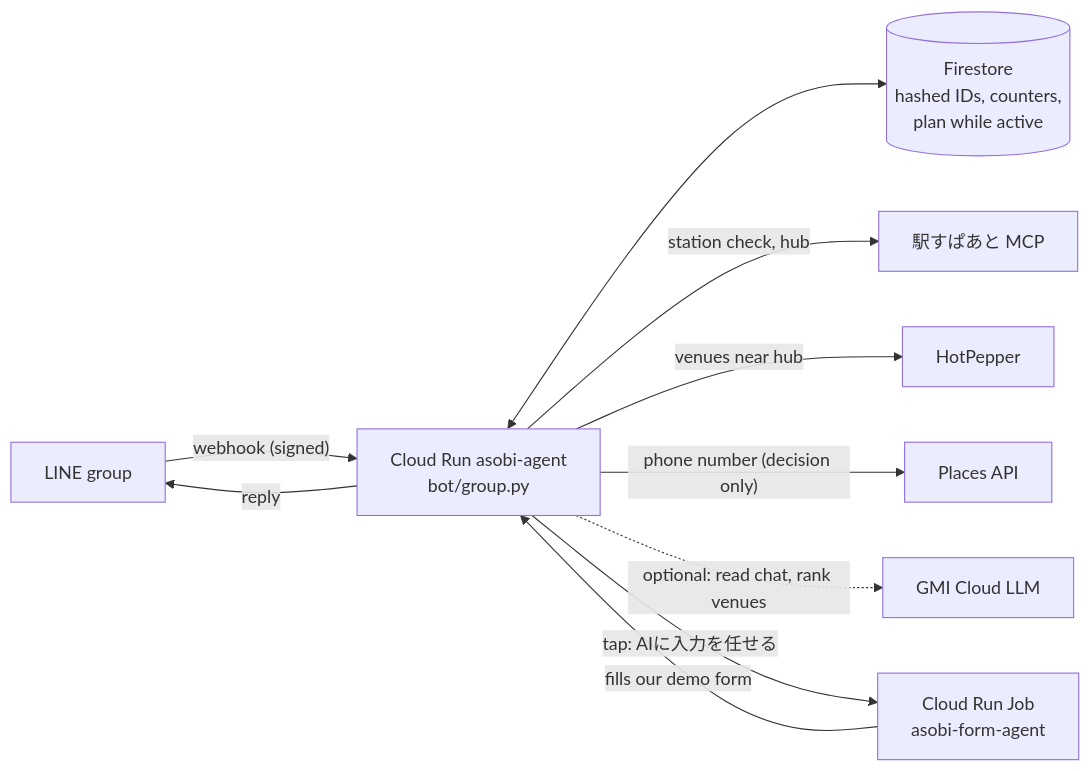
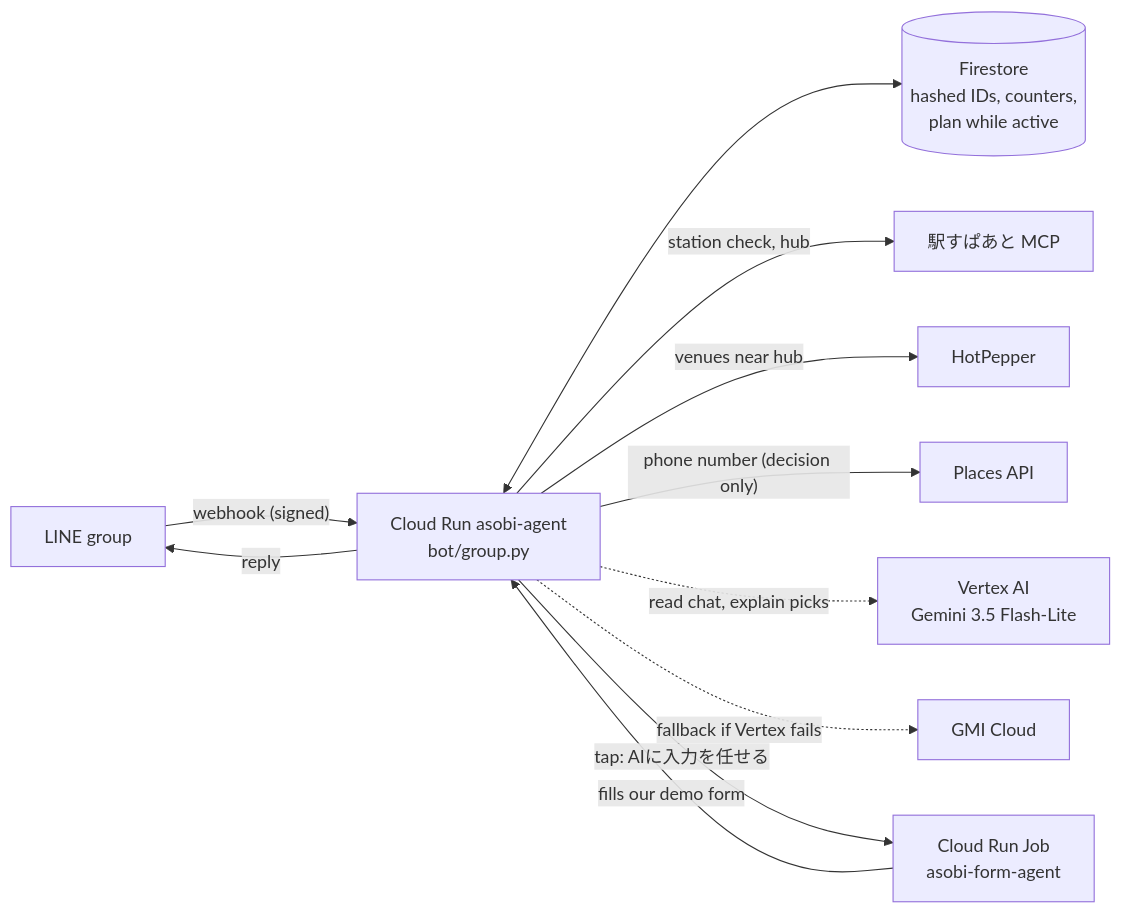
Before and after one commit to gill876/zenn_hackathon_20260905: the diagram in docs/DEPLOYMENT.md, drawn with Mermaid. The commit also changed other lines of this file and 9 other files, not shown here.

````diff
--- a/docs/DEPLOYMENT.md
+++ b/docs/DEPLOYMENT.md
@@ -23,12 +24,13 @@
 ```mermaid
 flowchart LR
     L["LINE group"] -->|"webhook (signed)"| R["Cloud Run asobi-agent<br/>bot/group.py"]
     R -->|reply| L
     R <--> F[("Firestore<br/>hashed IDs, counters,<br/>plan while active")]
     R -->|"station check, hub"| E["駅すぱあと MCP"]
     R -->|"venues near hub"| H["HotPepper"]
     R -->|"phone number (decision only)"| G["Places API"]
-    R -.->|"optional: read chat, rank venues"| M["GMI Cloud LLM"]
+    R -.->|"read chat, explain picks"| V["Vertex AI<br/>Gemini 3.5 Flash-Lite"]
+    R -.->|"fallback if Vertex fails"| M["GMI Cloud"]
     R -->|"tap: AIに入力を任せる"| J["Cloud Run Job<br/>asobi-form-agent"]
     J -->|"fills our demo form"| R
 ```
````
